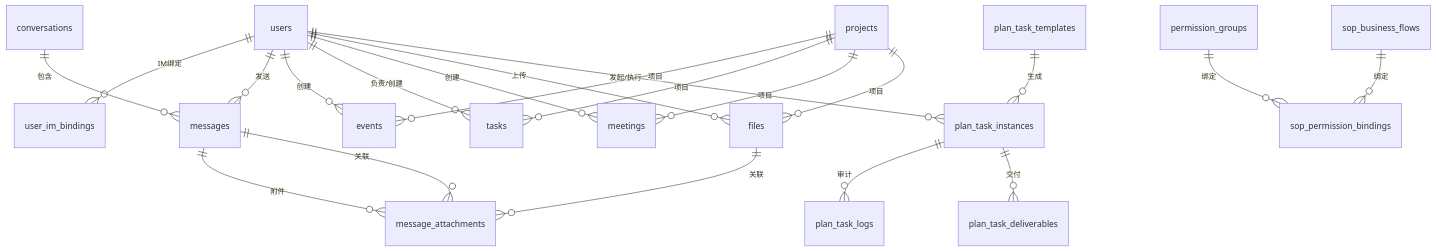
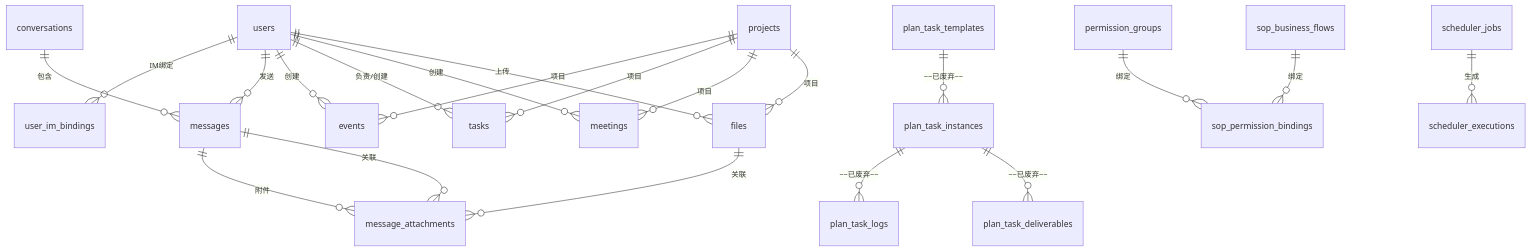
Before and after one commit to Ellyshome/Emily: the diagram in docs/数据库设计.md, drawn with Mermaid. The commit also changed other lines of this file and 67 other files, not shown here.

````diff
--- a/docs/数据库设计.md
+++ b/docs/数据库设计.md
@@ -720,23 +724,23 @@
 ```mermaid
 erDiagram
     users ||--o{ user_im_bindings : "IM绑定"
     users ||--o{ messages : "发送"
     users ||--o{ events : "创建"
     users ||--o{ tasks : "负责/创建"
     users ||--o{ meetings : "创建"
     users ||--o{ files : "上传"
     conversations ||--o{ messages : "包含"
     messages ||--o{ message_attachments : "附件"
     projects ||--o{ events : "项目"
     projects ||--o{ tasks : "项目"
     projects ||--o{ meetings : "项目"
     projects ||--o{ files : "项目"
     messages ||--o{ message_attachments : "关联"
     files ||--o{ message_attachments : "关联"
-    plan_task_templates ||--o{ plan_task_instances : "生成"
-    plan_task_instances ||--o{ plan_task_logs : "审计"
-    plan_task_instances ||--o{ plan_task_deliverables : "交付"
+    plan_task_templates ||--o{ plan_task_instances : "~~已废弃~~"
+    plan_task_instances ||--o{ plan_task_logs : "~~已废弃~~"
+    plan_task_instances ||--o{ plan_task_deliverables : "~~已废弃~~"
     permission_groups ||--o{ sop_permission_bindings : "绑定"
     sop_business_flows ||--o{ sop_permission_bindings : "绑定"
-    users ||--o{ plan_task_instances : "发起/执行"
+    scheduler_jobs ||--o{ scheduler_executions : "生成"
 ```
````
